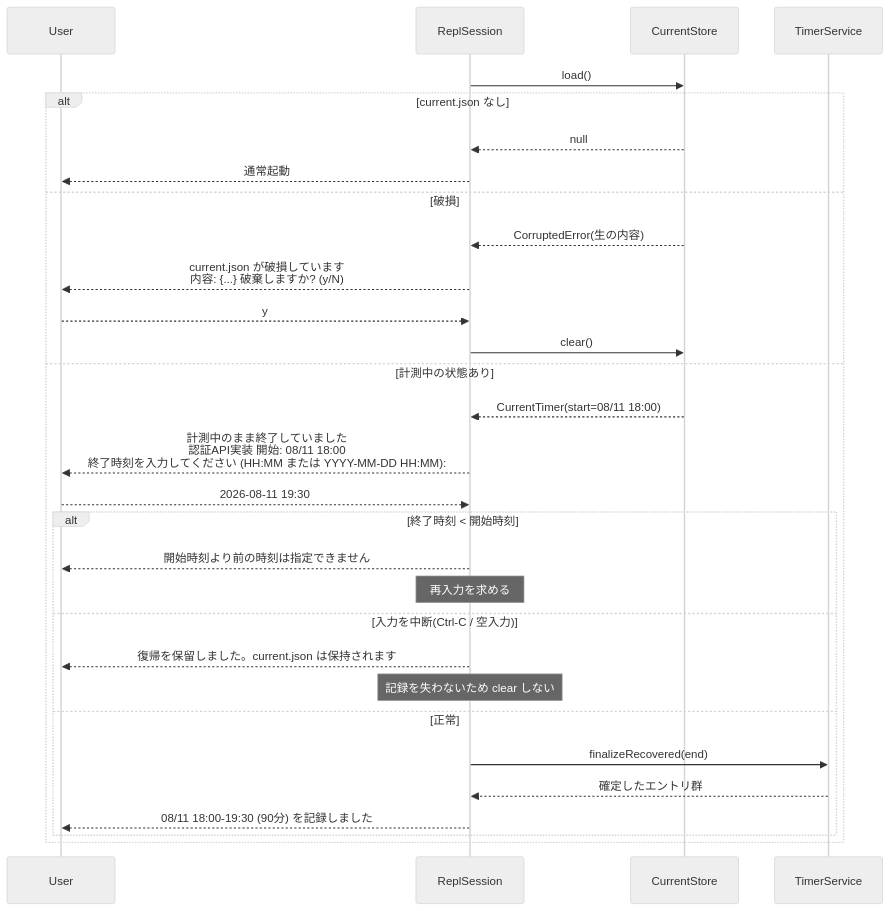
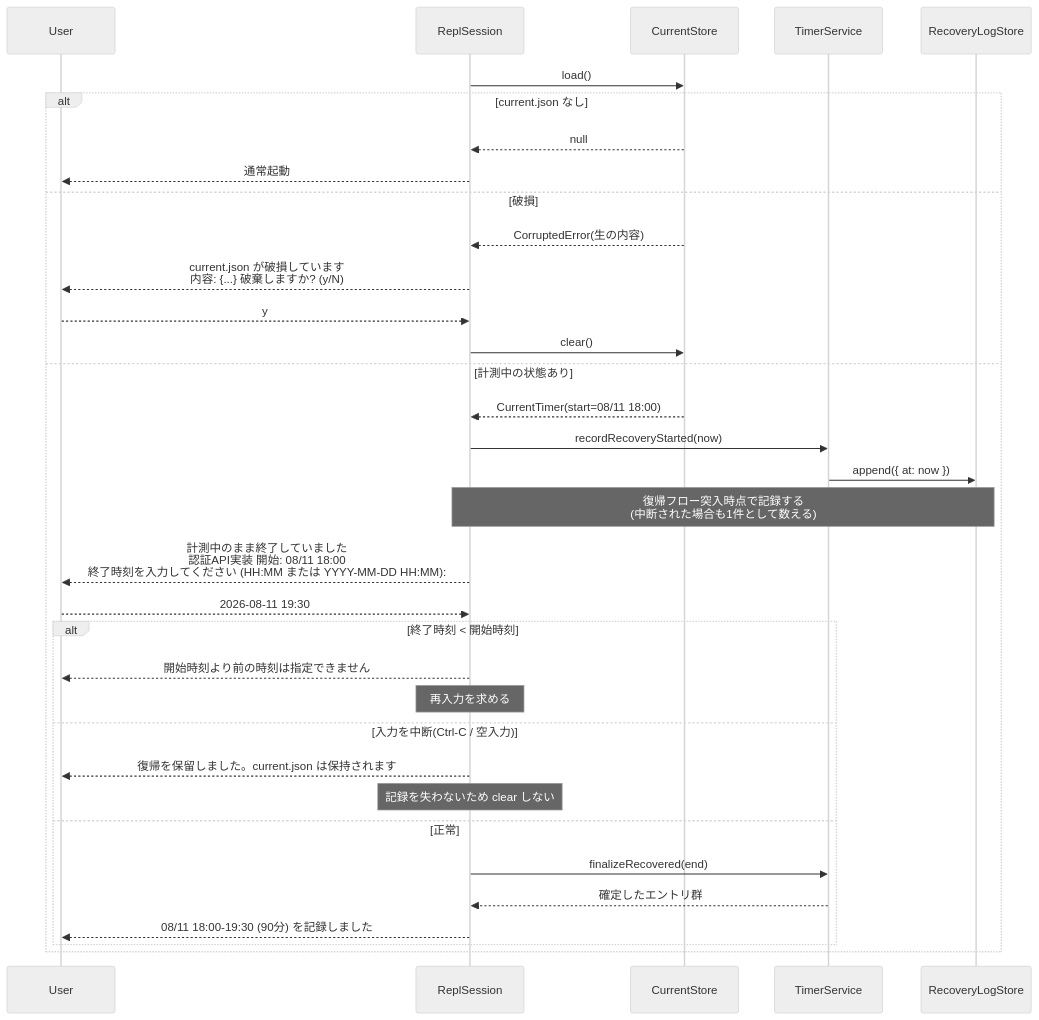
One commit to nknrysk/claude-code-book-chapter8-test changed the fifth of 7 diagrams in docs/functional-design.md. Above: the diagram before and after it, drawn with Mermaid (neutral theme). The commit also changed other lines of this file and 2 other files, not shown here.

````diff
--- a/docs/functional-design.md
+++ b/docs/functional-design.md
@@ -806,35 +983,39 @@
 ```mermaid
 sequenceDiagram
     participant User
     participant Session as ReplSession
     participant CS as CurrentStore
     participant TS as TimerService
+    participant RL as RecoveryLogStore
 
     Session->>CS: load()
 
     alt current.json なし
         CS-->>Session: null
         Session-->>User: 通常起動
     else 破損
         CS-->>Session: CorruptedError(生の内容)
         Session-->>User: current.json が破損しています<br/>内容: {...} 破棄しますか? (y/N)
         User-->>Session: y
         Session->>CS: clear()
     else 計測中の状態あり
         CS-->>Session: CurrentTimer(start=08/11 18:00)
+        Session->>TS: recordRecoveryStarted(now)
+        TS->>RL: append({ at: now })
+        Note over Session,RL: 復帰フロー突入時点で記録する<br/>(中断された場合も1件として数える)
         Session-->>User: 計測中のまま終了していました<br/>認証API実装 開始: 08/11 18:00<br/>終了時刻を入力してください (HH:MM または YYYY-MM-DD HH:MM):
         User-->>Session: 2026-08-11 19:30
 
         alt 終了時刻 < 開始時刻
             Session-->>User: 開始時刻より前の時刻は指定できません
             Note over Session: 再入力を求める
         else 入力を中断(Ctrl-C / 空入力)
             Session-->>User: 復帰を保留しました。current.json は保持されます
             Note over Session: 記録を失わないため clear しない
         else 正常
             Session->>TS: finalizeRecovered(end)
             TS-->>Session: 確定したエントリ群
             Session-->>User: 08/11 18:00-19:30 (90分) を記録しました
         end
     end
 ```
````
